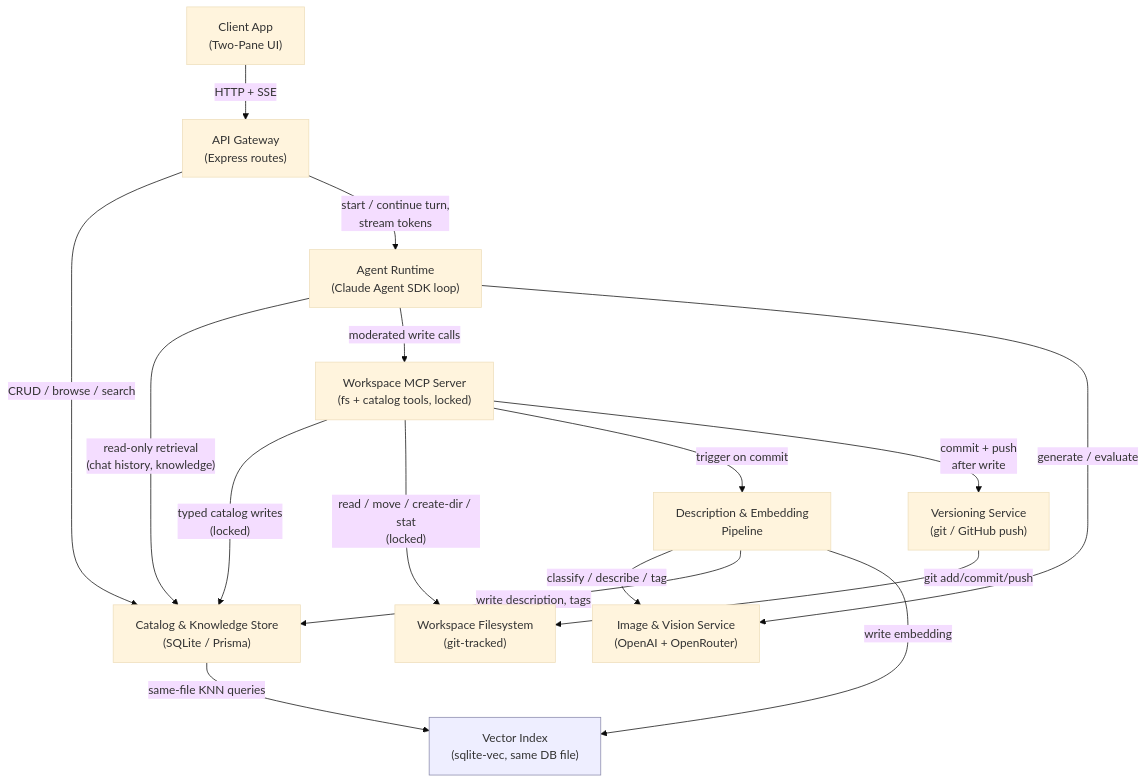
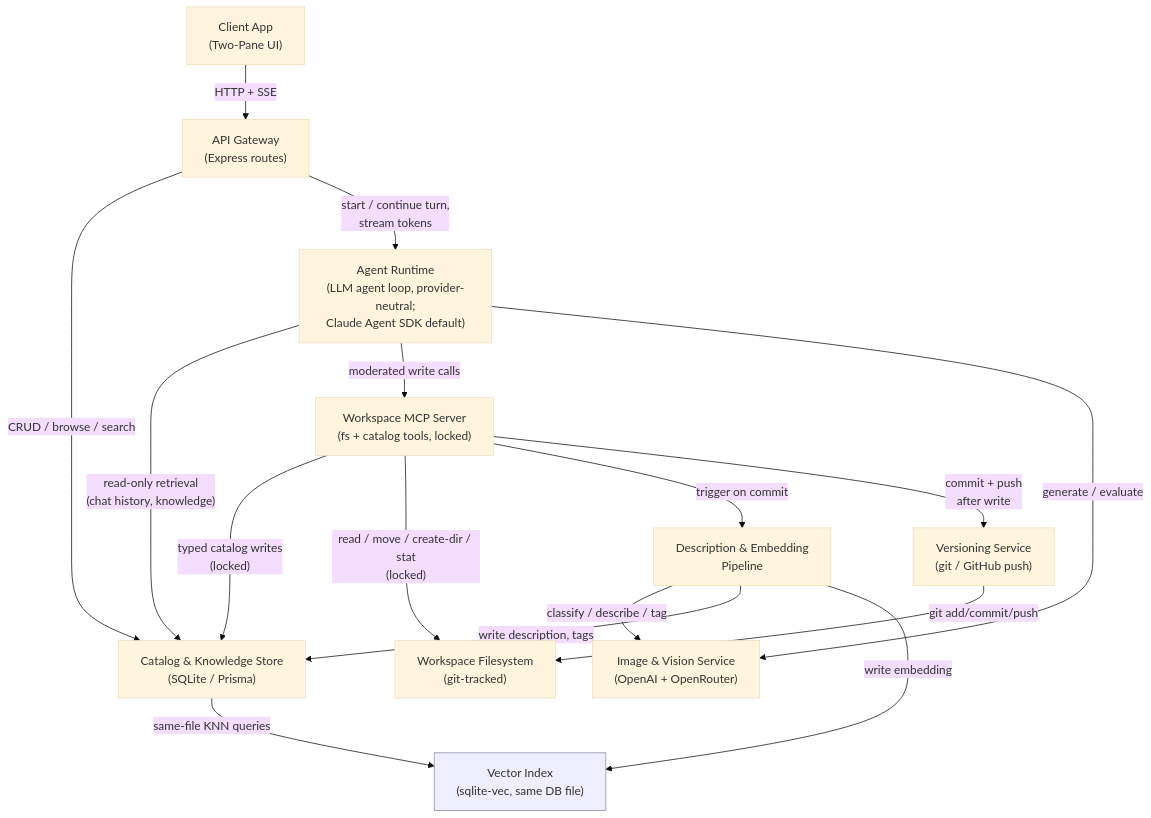
One commit to League-Examples/docker-node-template changed the first of 3 diagrams in docs/architecture/architecture-001.md. Above: the diagram before and after it, drawn with Mermaid (base theme). The commit also changed other lines of this file and 28 other files, not shown here.

First line of the commit message:
docs: build roadmap (sprints 002-005), sprint 002 detail plan, provider-neutral agent-loop amendment

````diff
--- a/docs/architecture/architecture-001.md
+++ b/docs/architecture/architecture-001.md
@@ -193,31 +211,31 @@
 ```mermaid
 graph TD
     Client["Client App\n(Two-Pane UI)"]
     Gateway["API Gateway\n(Express routes)"]
-    Agent["Agent Runtime\n(Claude Agent SDK loop)"]
+    Agent["Agent Runtime\n(LLM agent loop, provider-neutral;\nClaude Agent SDK default)"]
     MCP["Workspace MCP Server\n(fs + catalog tools, locked)"]
     Catalog["Catalog & Knowledge Store\n(SQLite / Prisma)"]
     Vector["Vector Index\n(sqlite-vec, same DB file)"]
     FS["Workspace Filesystem\n(git-tracked)"]
     Pipeline["Description & Embedding\nPipeline"]
     Imaging["Image & Vision Service\n(OpenAI + OpenRouter)"]
     Versioning["Versioning Service\n(git / GitHub push)"]
 
     Client -- "HTTP + SSE" --> Gateway
     Gateway -- "CRUD / browse / search" --> Catalog
     Gateway -- "start / continue turn,\nstream tokens" --> Agent
     Agent -- "read-only retrieval\n(chat history, knowledge)" --> Catalog
     Agent -- "moderated write calls" --> MCP
     Agent -- "generate / evaluate" --> Imaging
     MCP -- "typed catalog writes\n(locked)" --> Catalog
     MCP -- "read / move / create-dir / stat\n(locked)" --> FS
     MCP -- "trigger on commit" --> Pipeline
     MCP -- "commit + push\nafter write" --> Versioning
     Pipeline -- "classify / describe / tag" --> Imaging
     Pipeline -- "write description, tags" --> Catalog
     Pipeline -- "write embedding" --> Vector
     Catalog -- "same-file KNN queries" --> Vector
     Versioning -- "git add/commit/push" --> FS
 
     style Vector fill:#eef,stroke:#88a
 ```
````
